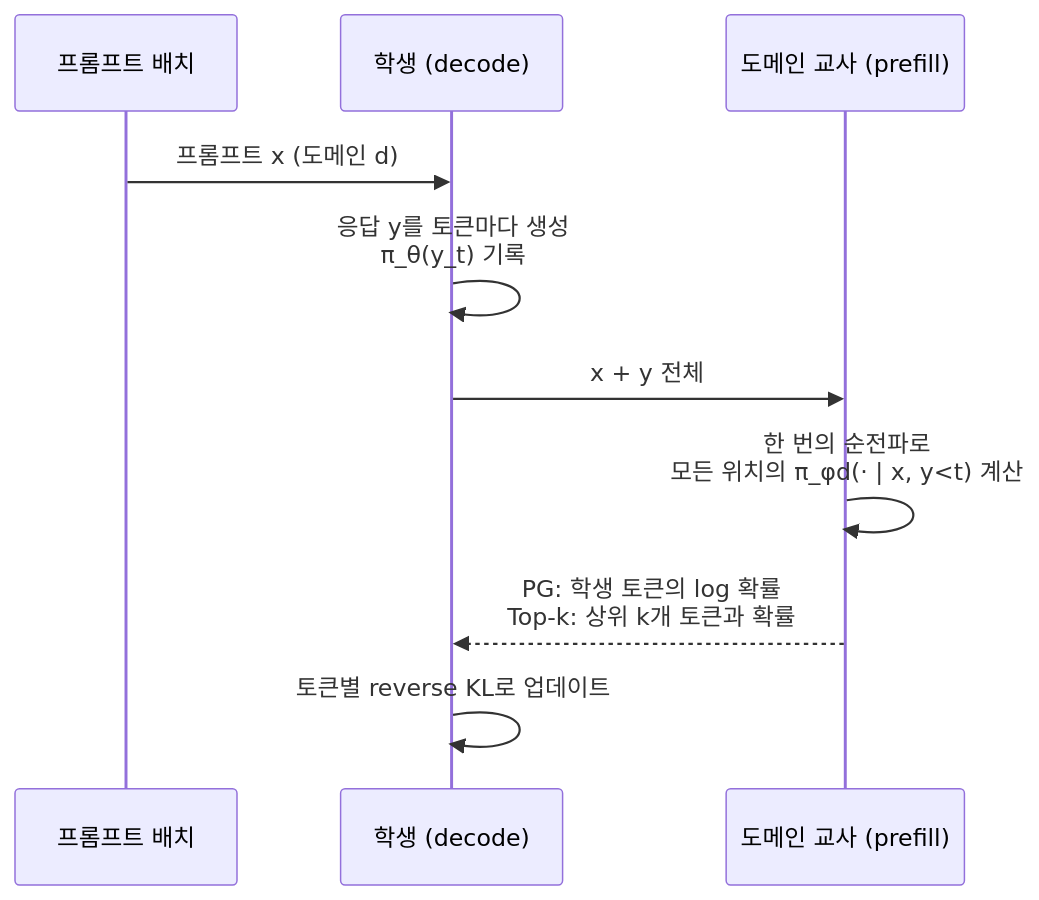
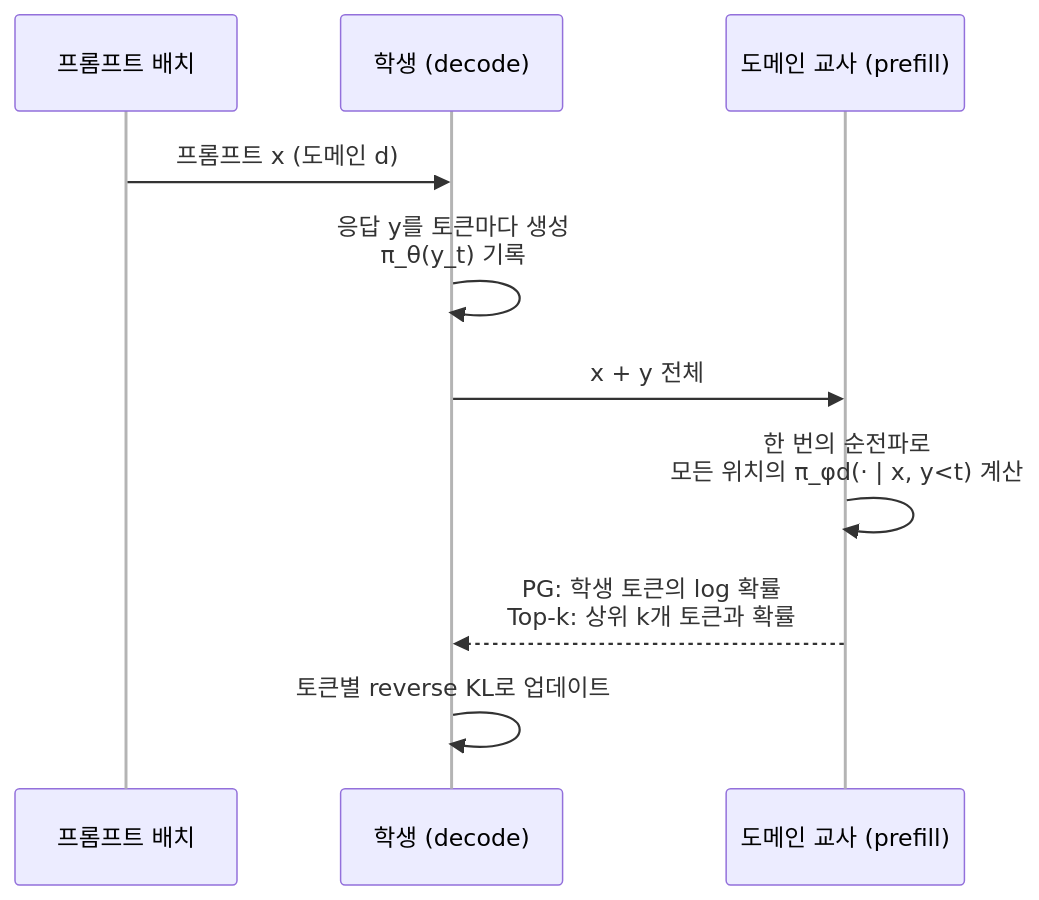
Before and after one commit to seujung/ai-research: the second of 3 diagrams in docs/papers/2026-mopd.md, drawn with Mermaid. The commit also changed other lines of this file and 176 other files, not shown here.

````diff
--- a/docs/papers/2026-mopd.md
+++ b/docs/papers/2026-mopd.md
@@ -117,12 +117,13 @@
 ```mermaid
+%%{init: {"themeVariables": {"actorLineColor": "#b4b4b4"}}}%%
 sequenceDiagram
     participant P as 프롬프트 배치
     participant S as 학생 (decode)
     participant T as 도메인 교사 (prefill)
     P->>S: 프롬프트 x (도메인 d)
     S->>S: 응답 y를 토큰마다 생성<br/>π_θ(y_t) 기록
     S->>T: x + y 전체
     T->>T: 한 번의 순전파로<br/>모든 위치의 π_φd(· | x, y<t) 계산
     T-->>S: PG: 학생 토큰의 log 확률<br/>Top-k: 상위 k개 토큰과 확률
     S->>S: 토큰별 reverse KL로 업데이트
 ```
````
